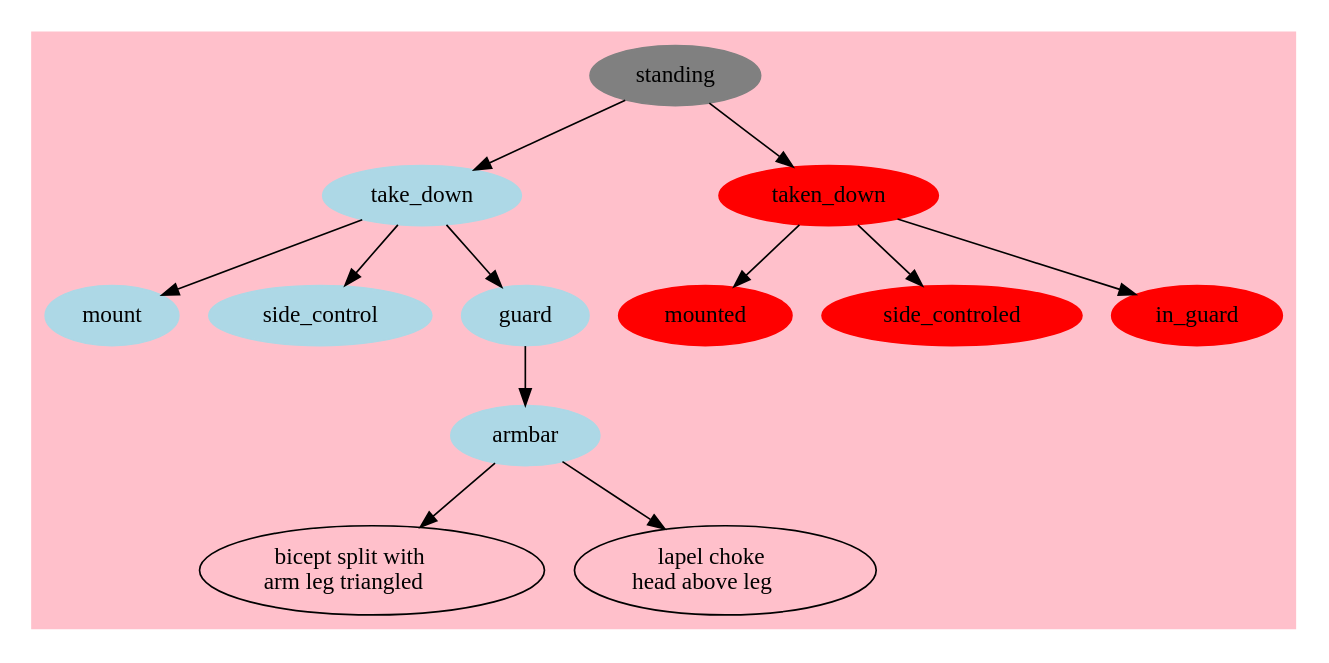
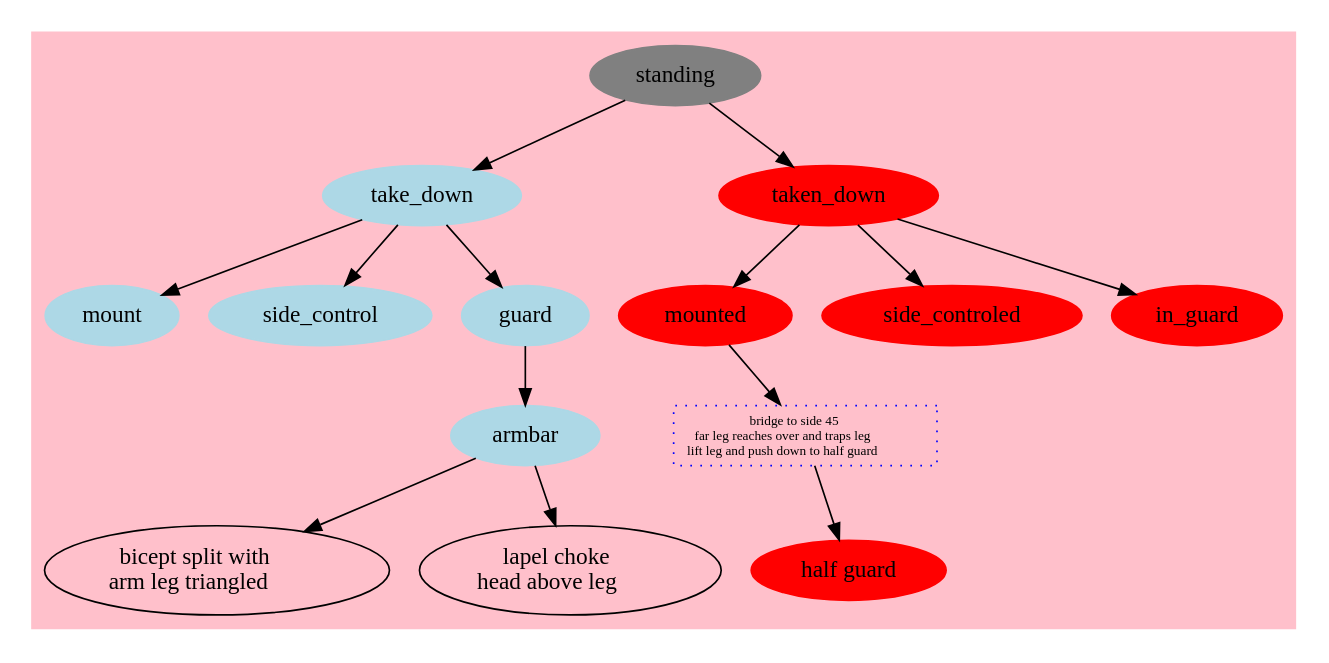
One commit to carltonj2000/jujitsu changed the diagram in jujitsu-moves.dot. Above: the diagram before and after it, drawn with Graphviz. The commit also changed 2 other files, not shown here.

```diff
--- a/jujitsu-moves.dot
+++ b/jujitsu-moves.dot
@@ -1,29 +1,43 @@
 digraph G {
     subgraph cluster0 {
         style=filled;
         color=pink;
         standing [style=filled,color=gray];
         standing -> take_down;
         standing-> taken_down;
         take_down [style=filled,color=lightblue];
         taken_down [style=filled,color=red];
         taken_down -> mounted;
         taken_down -> side_controled;
         taken_down -> in_guard;
         mounted [style=filled,color=red];
+        mounted -> halfguardd -> halfguard;
+        halfguard [label="half guard",style=filled, color=red];
+        halfguardd [
+            href="https://www.youtube.com/watch?v=q2OAJF__P2w", 
+            shape=box,
+            color=blue,
+            style=dotted,
+            fontsize=8, 
+            label=< <table border="0" cellspacing="0" cellborder="0" cellpadding="0">
+            <tr><td>bridge to side 45</td></tr>
+            <tr><td>far leg reaches over and traps leg</td></tr>
+            <tr><td>lift leg and push down to half guard</td></tr>
+            </table> >
+        ];        
         side_controled [style=filled,color=red];
         in_guard [style=filled,color=red];
         take_down -> mount;
         take_down -> side_control;
         take_down -> guard;
         mount [style=filled,color=lightblue];
         side_control [style=filled,color=lightblue];
         guard [style=filled,color=lightblue];
         guard -> armbar;
         armbar [style=filled,color=lightblue];
         armbar -> ltr;
         ltr [label=<bicept split with<br/> arm leg triangled>];
         armbar -> choke
         choke [label=<lapel choke<br/> head above leg>];
     }
 }
```
